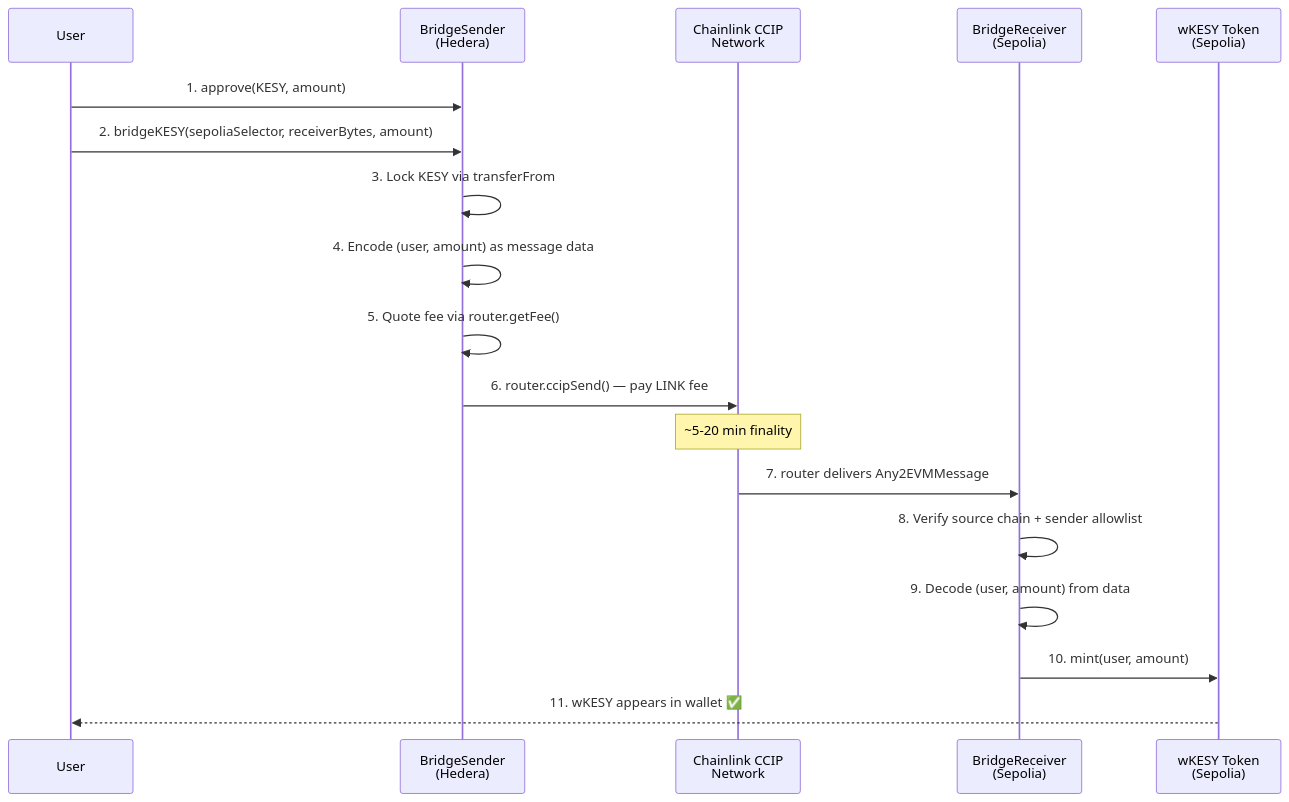
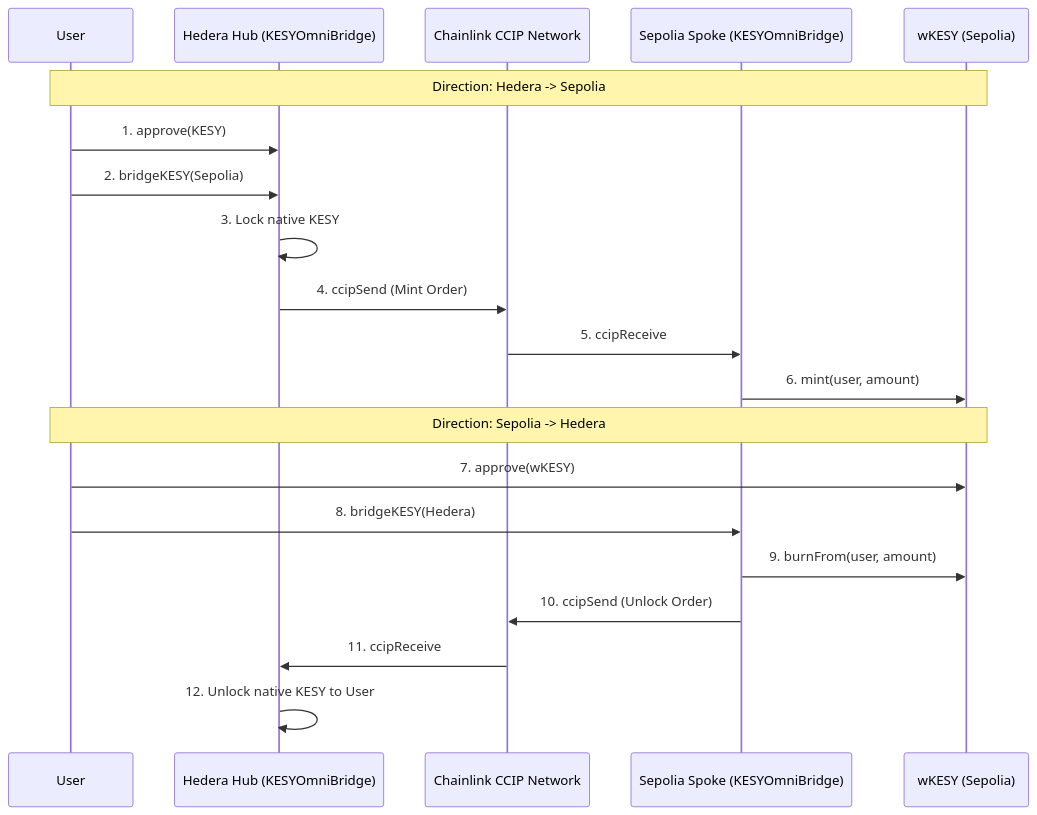
Before and after one commit to nhx-finance/bridge: the first of 2 diagrams in contracts/README.md, drawn with Mermaid. The commit also changed other lines of this file and 13 other files, not shown here.

Commit message:
feat: Implement KESYOmniBridge, replacing BridgeSender and BridgeReceiver contracts and updating deployment documentation.

````diff
--- a/contracts/README.md
+++ b/contracts/README.md
@@ -37,21 +19,24 @@
 ```mermaid
 sequenceDiagram
     participant User
-    participant BridgeSender as BridgeSender<br/>(Hedera)
-    participant CCIP as Chainlink CCIP<br/>Network
-    participant BridgeReceiver as BridgeReceiver<br/>(Sepolia)
-    participant wKESY as wKESY Token<br/>(Sepolia)
+    participant Hub as Hedera Hub (KESYOmniBridge)
+    participant CCIP as Chainlink CCIP Network
+    participant Spoke as Sepolia Spoke (KESYOmniBridge)
+    participant wKESY as wKESY (Sepolia)
 
-    User->>BridgeSender: 1. approve(KESY, amount)
-    User->>BridgeSender: 2. bridgeKESY(sepoliaSelector, receiverBytes, amount)
-    BridgeSender->>BridgeSender: 3. Lock KESY via transferFrom
-    BridgeSender->>BridgeSender: 4. Encode (user, amount) as message data
-    BridgeSender->>BridgeSender: 5. Quote fee via router.getFee()
-    BridgeSender->>CCIP: 6. router.ccipSend() — pay LINK fee
-    Note over CCIP: ~5-20 min finality
-    CCIP->>BridgeReceiver: 7. router delivers Any2EVMMessage
-    BridgeReceiver->>BridgeReceiver: 8. Verify source chain + sender allowlist
-    BridgeReceiver->>BridgeReceiver: 9. Decode (user, amount) from data
-    BridgeReceiver->>wKESY: 10. mint(user, amount)
-    wKESY-->>User: 11. wKESY appears in wallet ✅
+    Note over User, wKESY: Direction: Hedera -> Sepolia
+    User->>Hub: 1. approve(KESY)
+    User->>Hub: 2. bridgeKESY(Sepolia)
+    Hub->>Hub: 3. Lock native KESY
+    Hub->>CCIP: 4. ccipSend (Mint Order)
+    CCIP->>Spoke: 5. ccipReceive
+    Spoke->>wKESY: 6. mint(user, amount)
+
+    Note over User, wKESY: Direction: Sepolia -> Hedera
+    User->>wKESY: 7. approve(wKESY)
+    User->>Spoke: 8. bridgeKESY(Hedera)
+    Spoke->>wKESY: 9. burnFrom(user, amount)
+    Spoke->>CCIP: 10. ccipSend (Unlock Order)
+    CCIP->>Hub: 11. ccipReceive
+    Hub->>Hub: 12. Unlock native KESY to User
 ```
````
